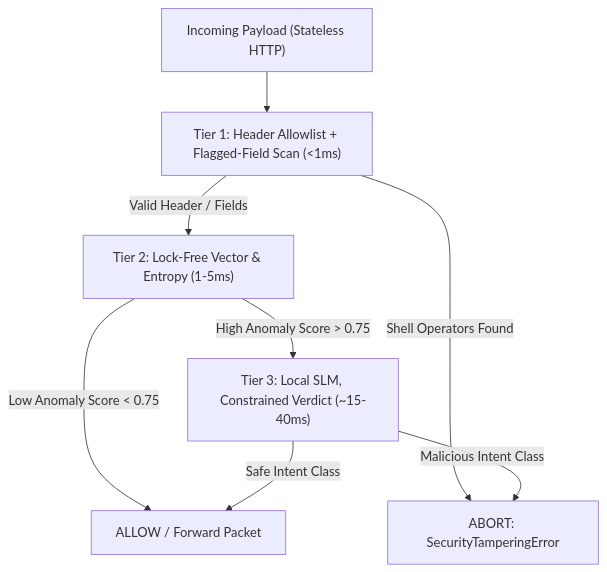
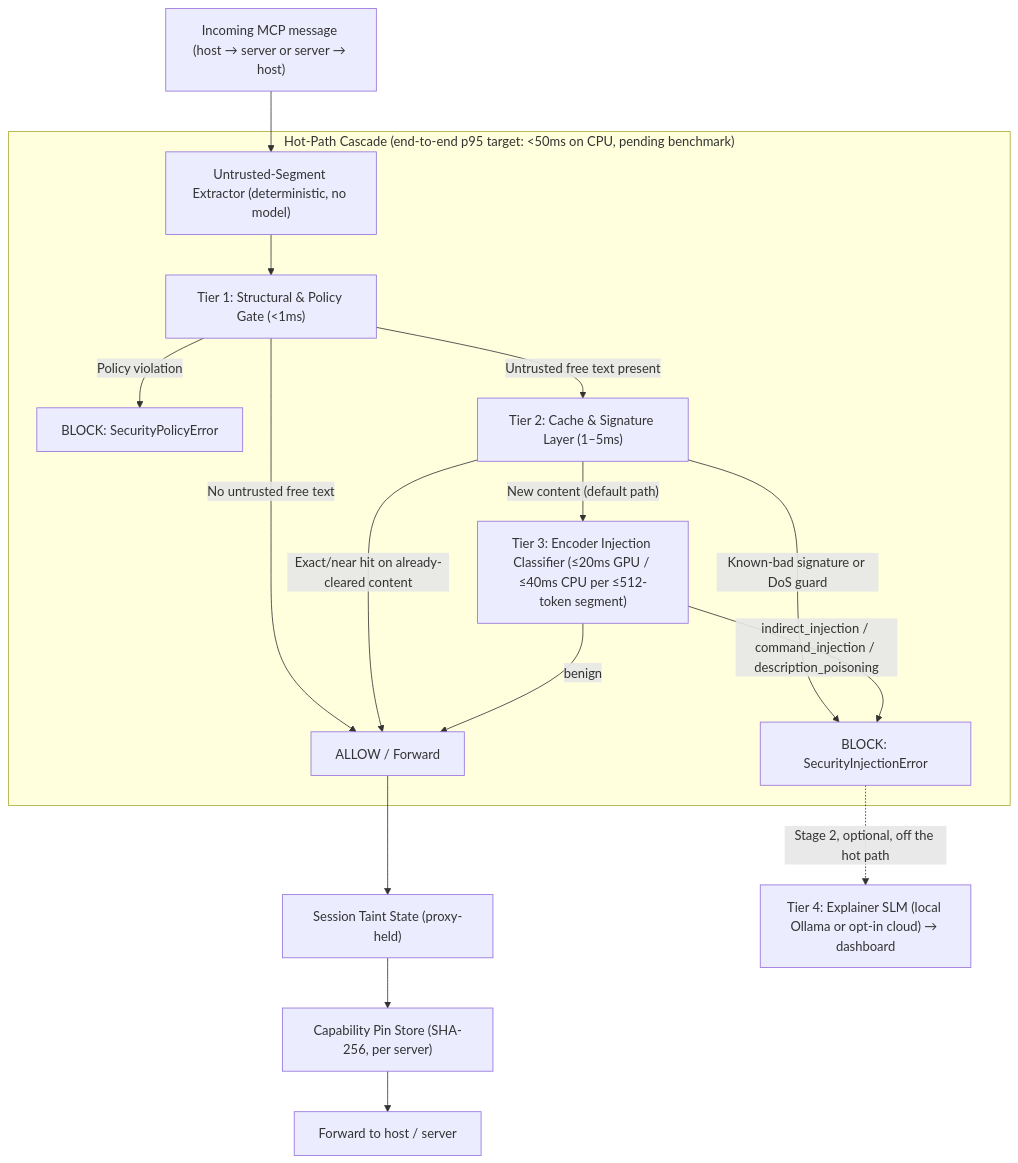
The diagram in 02 - System Architecture & Technical Implementation.md (rishikeshvarma/MCP-Shield), drawn with Mermaid before and after one commit. The commit also changed other lines of this file and 10 other files, not shown here.

````diff
--- a/02 - System Architecture & Technical Implementation.md
+++ b/02 - System Architecture & Technical Implementation.md
@@ -39,12 +69,21 @@
 ```mermaid
 graph TD
-    Incoming["Incoming Payload (Stateless HTTP)"] --> T1["Tier 1: Header Allowlist + Flagged-Field Scan (<1ms)"]
-    T1 -->|Valid Header / Fields| T2["Tier 2: Lock-Free Vector & Entropy (1-5ms)"]
-    T1 -->|Shell Operators Found| Deny["ABORT: SecurityTamperingError"]
-    
-    T2 -->|"Low Anomaly Score < 0.75"| Pass["ALLOW / Forward Packet"]
-    T2 -->|"High Anomaly Score > 0.75"| T3["Tier 3: Local SLM, Constrained Verdict (~15-40ms)"]
-    
-    T3 -->|Malicious Intent Class| Deny
-    T3 -->|Safe Intent Class| Pass
+    In["Incoming MCP message (host → server or server → host)"] --> Ext["Untrusted-Segment Extractor (deterministic, no model)"]
+
+    subgraph Cascade["Hot-Path Cascade (end-to-end p95 target: <50ms on CPU, pending benchmark)"]
+        Ext --> T1["Tier 1: Structural & Policy Gate (<1ms)"]
+        T1 -->|"Policy violation"| Deny1["BLOCK: SecurityPolicyError"]
+        T1 -->|"No untrusted free text"| Pass
+        T1 -->|"Untrusted free text present"| T2["Tier 2: Cache & Signature Layer (1–5ms)"]
+        T2 -->|"Exact/near hit on already-cleared content"| Pass["ALLOW / Forward"]
+        T2 -->|"Known-bad signature or DoS guard"| Deny2["BLOCK: SecurityInjectionError"]
+        T2 -->|"New content (default path)"| T3["Tier 3: Encoder Injection Classifier (≤20ms GPU / ≤40ms CPU per ≤512-token segment)"]
+        T3 -->|"benign"| Pass
+        T3 -->|"indirect_injection / command_injection / description_poisoning"| Deny2
+    end
+
+    Pass --> Taint["Session Taint State (proxy-held)"]
+    Taint --> Pin["Capability Pin Store (SHA-256, per server)"]
+    Pin --> Out["Forward to host / server"]
+    Deny2 -.->|"Stage 2, optional, off the hot path"| T4["Tier 4: Explainer SLM (local Ollama or opt-in cloud) → dashboard"]
 ```
````
